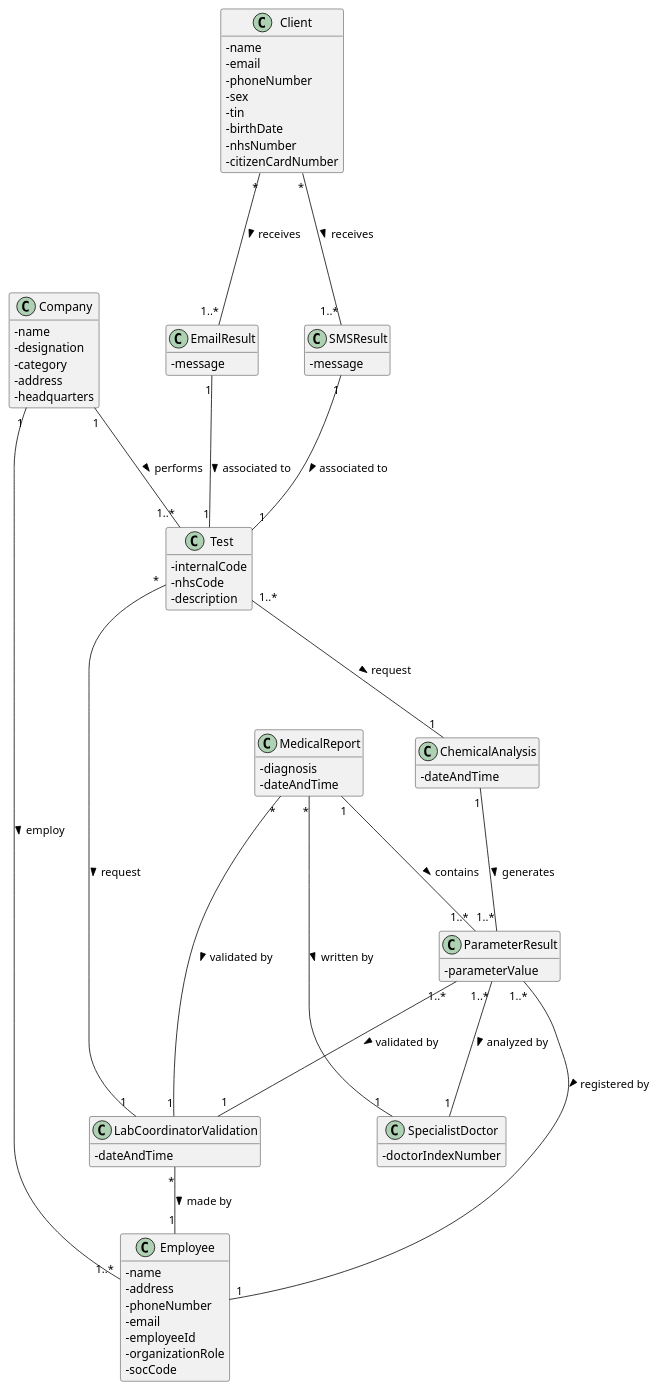
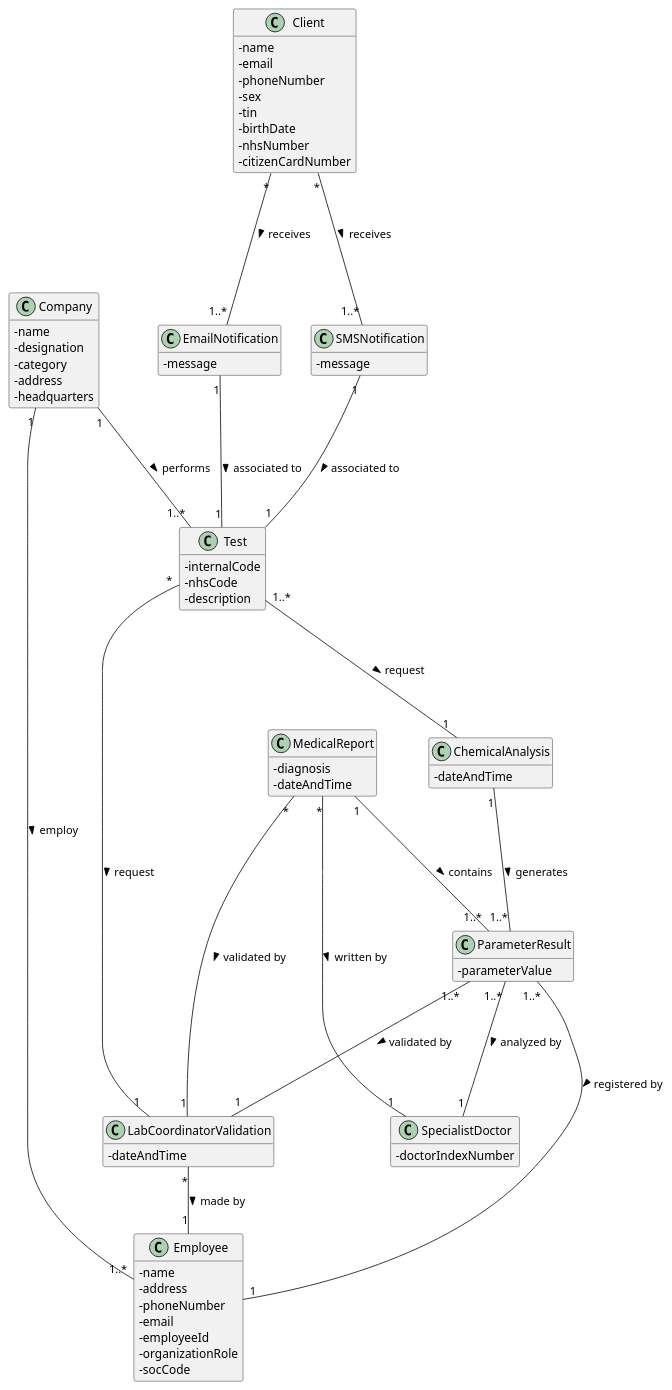
The diagram in docs/SprintC/US15/US15_DM.puml (manu-07-ela/LAPR2_ISEP), drawn with PlantUML before and after one commit. The commit also changed 107 other files, not shown here.

Commit message:
US15 - Changing the name of two classes - EmailNotification and SMSNotification. Implementation in the Test Store of the method responsible for searching the tests ready to be validated

```diff
--- a/docs/SprintC/US15/US15_DM.puml
+++ b/docs/SprintC/US15/US15_DM.puml
@@ -1,109 +1,109 @@
 @startuml
 'https://plantuml.com/class-diagram
 hide methods
 skinparam classAttributeIconSize 0
 
 class Company
 class LabCoordinatorValidation
 class Employee
 class ChemicalAnalysis
 class SpecialistDoctor
 class MedicalReport
 class ParameterResult
 class Test
-class EmailResult
-class SMSResult
+class EmailNotification
+class SMSNotification
 
 
 class Company{
 -name
 -designation
 -category
 -address
 -headquarters
 }
 
 class LabCoordinatorValidation {
 -dateAndTime
 }
 
 class Employee {
 -name
 -address
 -phoneNumber
 -email
 -employeeId
 -organizationRole
 -socCode
 }
 
 class Client{
  - name
  - email
  - phoneNumber
  - sex
  - tin
  - birthDate
  - nhsNumber
  - citizenCardNumber
 }
 
 class ChemicalAnalysis{
 -dateAndTime
 }
 
 class SpecialistDoctor{
 -doctorIndexNumber
 }
 
 class MedicalReport{
 -diagnosis
 -dateAndTime
 }
 
 class ParameterResult{
 -parameterValue
 }
 
 
 class Test{
 -internalCode
 -nhsCode
 -description
 }
 
-class EmailResult{
+class EmailNotification{
 -message
 }
 
-class SMSResult{
+class SMSNotification{
 -message
 }
 
 
 ChemicalAnalysis "1"---"1..*" ParameterResult: generates >
 
 Company "1"---"1..*" Employee : employ >
 Company "1"---"1..*" Test : performs >
 
-Client "*"---"1..*" SMSResult : receives >
-Client "*"---"1..*" EmailResult : receives >
+Client "*"---"1..*" SMSNotification : receives >
+Client "*"---"1..*" EmailNotification : receives >
 
 LabCoordinatorValidation "*"--"1" Employee : made by >
 
 MedicalReport "*"---"1" LabCoordinatorValidation : validated by >
 MedicalReport "1"---"1..*" ParameterResult : contains >
 MedicalReport "*"---"1" SpecialistDoctor : written by >
 
 Test "1..*" ---"1" ChemicalAnalysis : request >
 Test "*" --- "1" LabCoordinatorValidation : request >
 
 ParameterResult "1..*"---"1" Employee: registered by >
 ParameterResult "1..*"---"1" LabCoordinatorValidation : validated by >
 ParameterResult "1..*"---"1" SpecialistDoctor : analyzed by >
 
-EmailResult "1"---"1" Test : associated to >
+EmailNotification "1"---"1" Test : associated to >
 
-SMSResult "1"---"1" Test : associated to >
+SMSNotification "1"---"1" Test : associated to >
 
 @enduml
```
